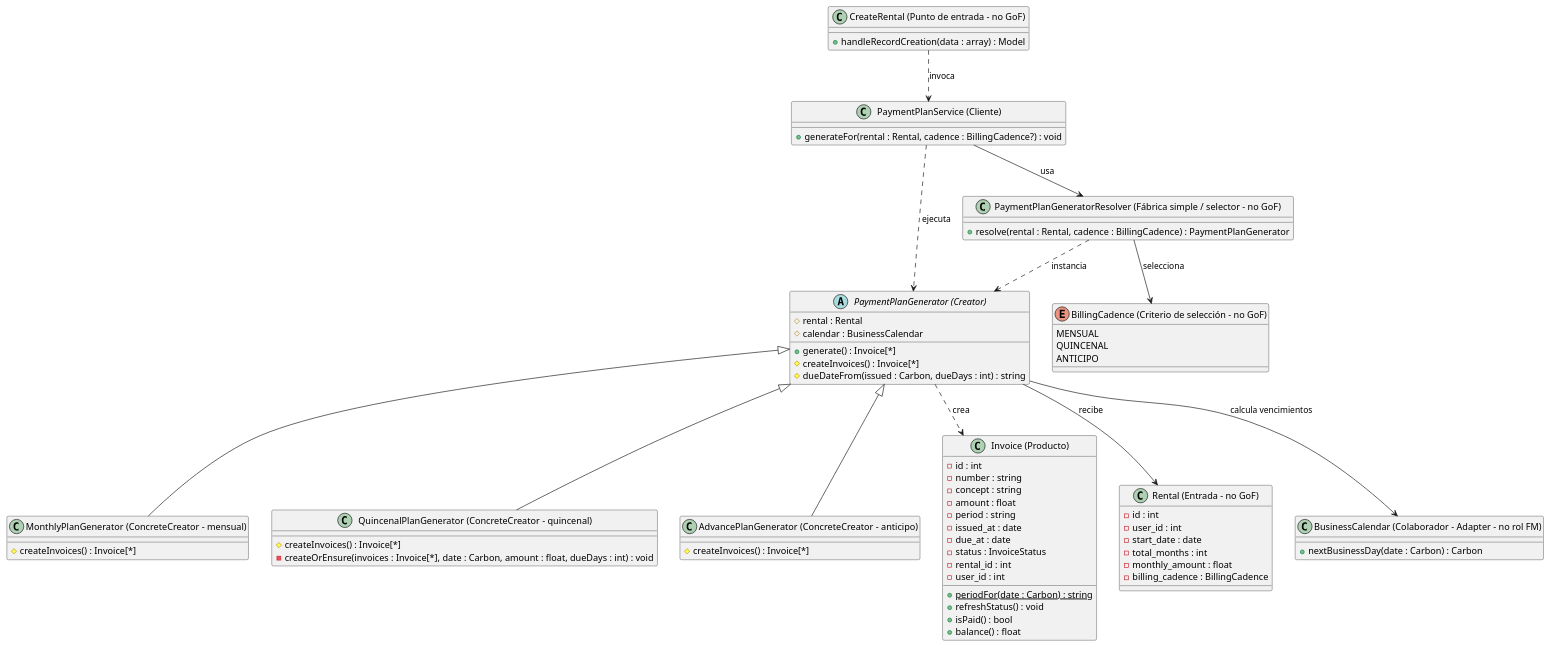
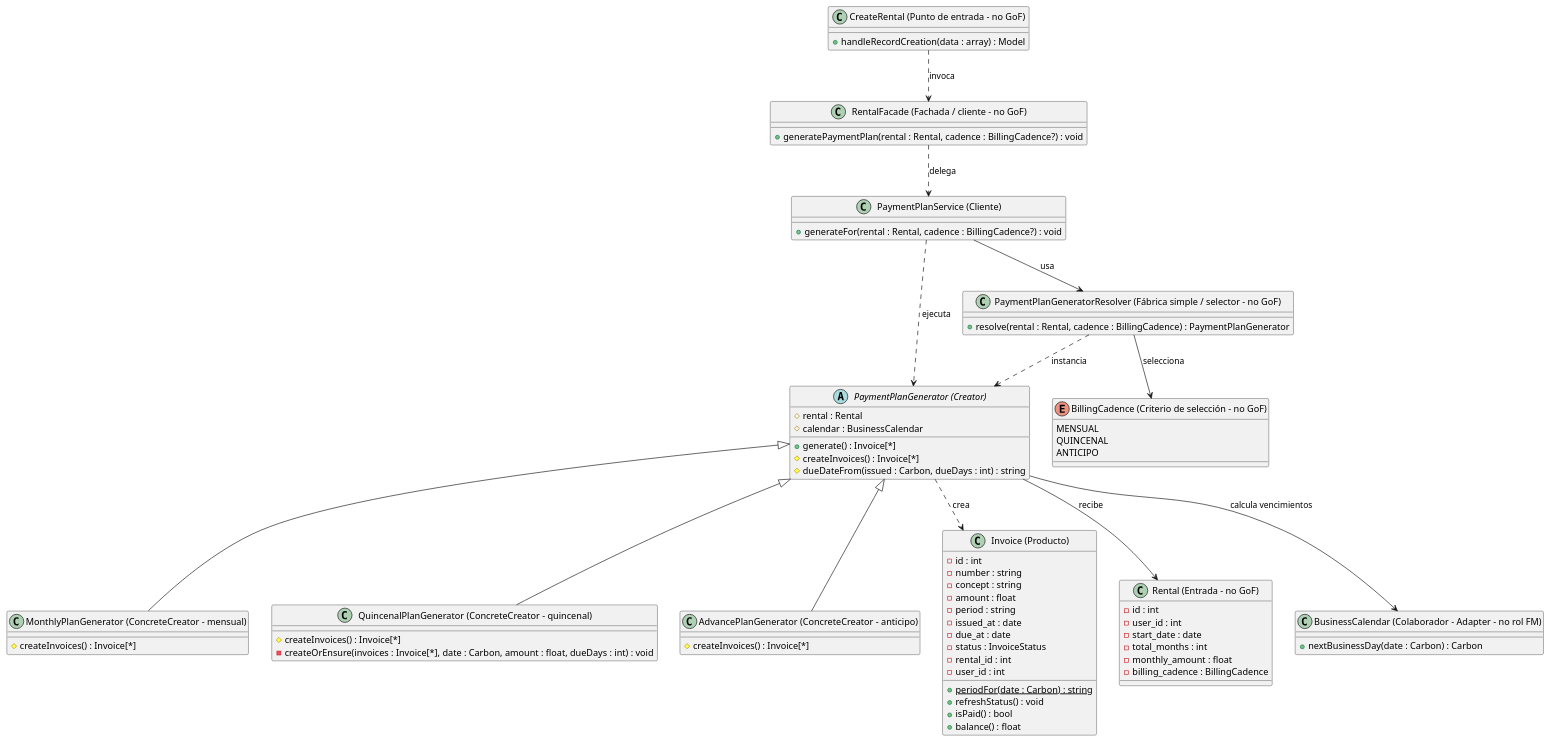
The diagram in docs/Patrones creacionales/Factory Method.md (diegocastro-ac/prometheus), drawn with PlantUML before and after one commit. The commit also changed other lines of this file and 7 other files, not shown here.

````diff
--- a/docs/Patrones creacionales/Factory Method.md
+++ b/docs/Patrones creacionales/Factory Method.md
@@ -129,6 +132,10 @@
   + nextBusinessDay(date : Carbon) : Carbon
 }
 
+class "RentalFacade (Fachada / cliente - no GoF)" as RentalFacade {
+  + generatePaymentPlan(rental : Rental, cadence : BillingCadence?) : void
+}
+
 class "CreateRental (Punto de entrada - no GoF)" as CreateRental {
   + handleRecordCreation(data : array) : Model
 }
@@ -145,6 +152,7 @@
 PaymentPlanGeneratorResolver --> BillingCadence : selecciona
 PaymentPlanService --> PaymentPlanGeneratorResolver : usa
 PaymentPlanService ..> PaymentPlanGenerator : ejecuta
-CreateRental ..> PaymentPlanService : invoca
+CreateRental ..> RentalFacade : invoca
+RentalFacade ..> PaymentPlanService : delega
 @enduml
 ```
````
